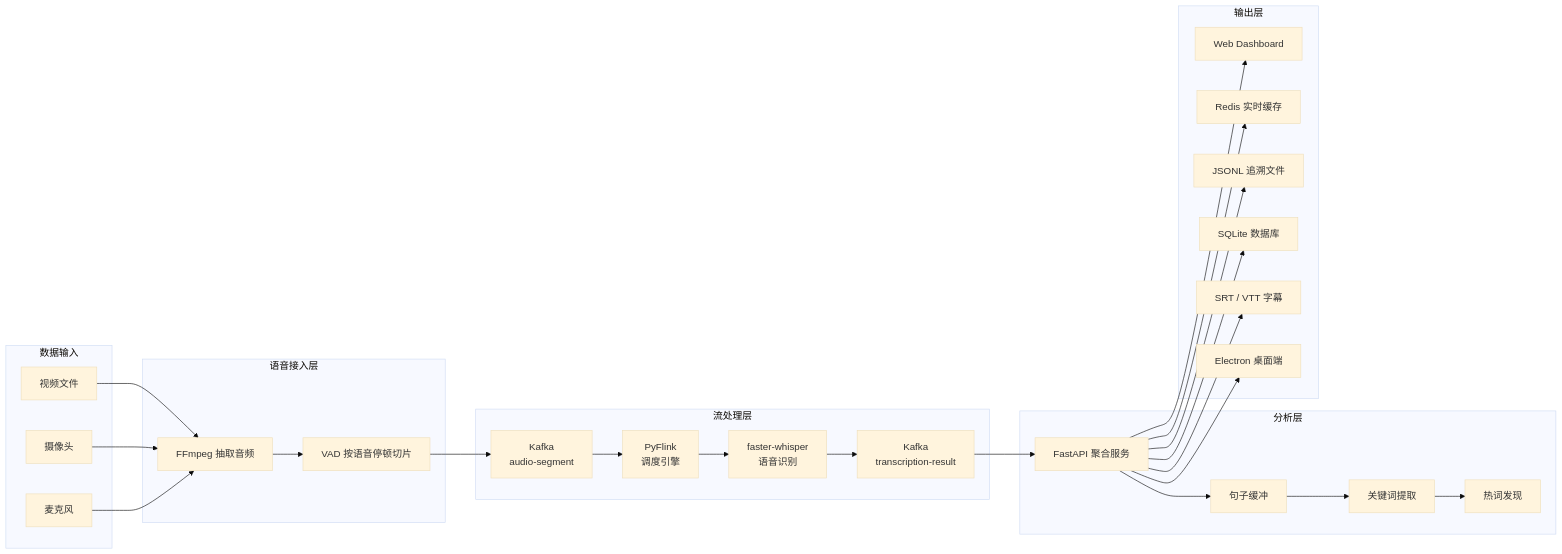
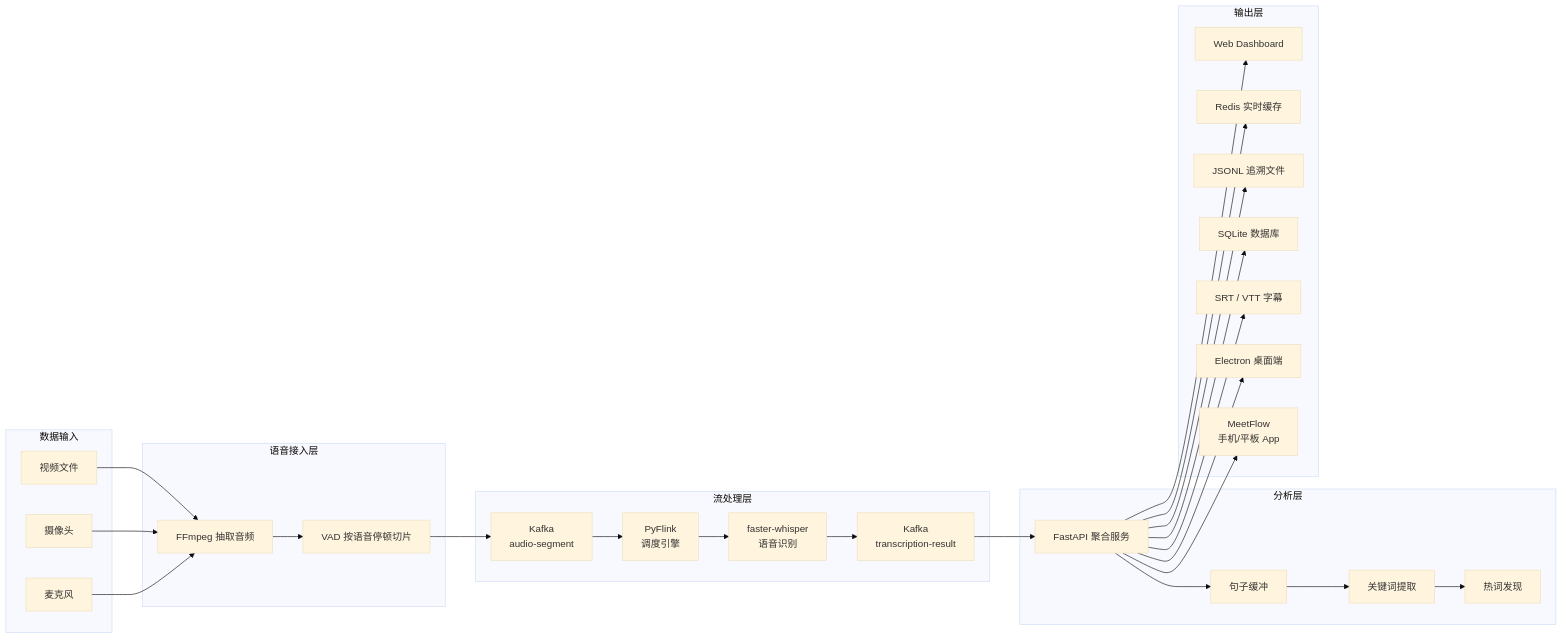
One commit to NJNAN/kafka-flink-video-streaming-asr changed the first of 2 diagrams in README.md. Above: the diagram before and after it, drawn with Mermaid (base theme). The commit also changed other lines of this file and 1 other file, not shown here.

Commit message:
Document mobile app tech stack

````diff
--- a/README.md
+++ b/README.md
@@ -312,48 +331,50 @@
 ```mermaid
 flowchart LR
     subgraph Input["数据输入"]
         Video["视频文件"]
         Camera["摄像头"]
         Mic["麦克风"]
     end
 
     subgraph Ingest["语音接入层"]
         FFmpeg["FFmpeg 抽取音频"]
         VAD["VAD 按语音停顿切片"]
     end
 
     subgraph Stream["流处理层"]
         AudioTopic["Kafka<br/>audio-segment"]
         Flink["PyFlink<br/>调度引擎"]
         ASR["faster-whisper<br/>语音识别"]
         ResultTopic["Kafka<br/>transcription-result"]
     end
 
     subgraph Analysis["分析层"]
         API["FastAPI 聚合服务"]
         Keywords["关键词提取"]
         Hotwords["热词发现"]
         Sentence["句子缓冲"]
     end
 
     subgraph Output["输出层"]
         Dashboard["Web Dashboard"]
         Redis["Redis 实时缓存"]
         JSONL["JSONL 追溯文件"]
         SQLite["SQLite 数据库"]
         Subtitle["SRT / VTT 字幕"]
         Desktop["Electron 桌面端"]
+        Mobile["MeetFlow<br/>手机/平板 App"]
     end
 
     Video --> FFmpeg
     Camera --> FFmpeg
     Mic --> FFmpeg
     FFmpeg --> VAD --> AudioTopic --> Flink --> ASR --> ResultTopic --> API
     API --> Sentence --> Keywords --> Hotwords
     API --> Dashboard
     API --> Redis
     API --> JSONL
     API --> SQLite
     API --> Subtitle
     API --> Desktop
+    API --> Mobile
 ```
````
